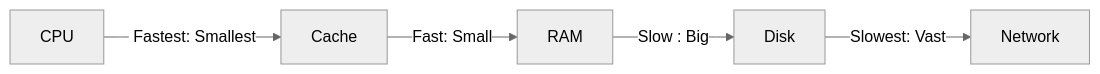
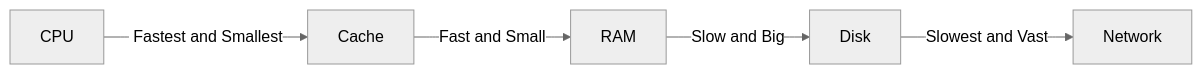
One commit to CodeYourFuture/curriculum changed the diagram in common-content/en/module/complexity/memory-consumption/index.md. Above: the diagram before and after it, drawn with Mermaid (neutral theme). The commit also changed other lines of this file and 12 other files, not shown here.

````diff
--- a/common-content/en/module/complexity/memory-consumption/index.md
+++ b/common-content/en/module/complexity/memory-consumption/index.md
@@ -20,4 +20,4 @@
 ```mermaid
 graph LR
-CPU -->|️ Fastest: Smallest| Cache -->|Fast: Small| RAM -->|Slow : Big| Disk -->|Slowest: Vast| Network
+CPU -->|️ Fastest and Smallest| Cache -->|Fast and Small| RAM -->|Slow and Big| Disk -->|Slowest and Vast| Network
 ```
````
